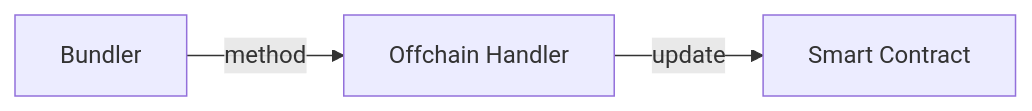
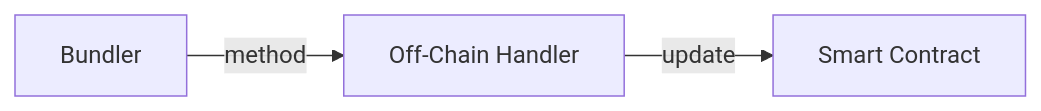
The diagram in .gitbook/contents/hc/README.md (bobanetwork/v3-anchorage), drawn with Mermaid before and after one commit.

Commit message:
Small mermaid diagram change

````diff
--- a/.gitbook/contents/hc/README.md
+++ b/.gitbook/contents/hc/README.md
@@ -6,4 +6,4 @@
 ```mermaid
 graph LR
-A[Bundler] -- method --> B[Offchain Handler] -- update --> D[Smart Contract]
+A[Bundler] -- method --> B[Off-Chain Handler] -- update --> D[Smart Contract]
 ```
````
